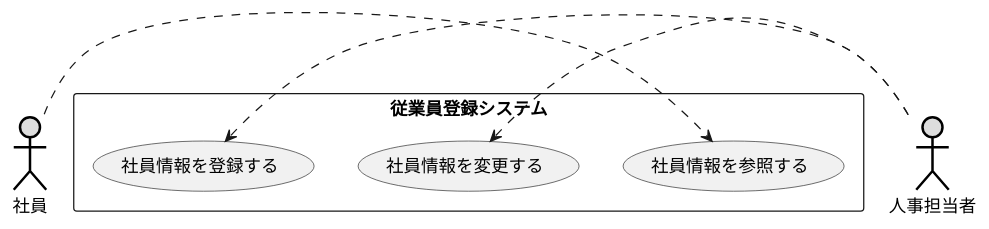
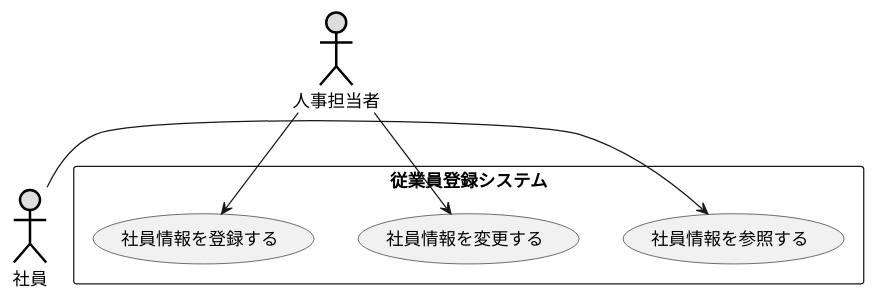
The diagram in 演習2-6_盛岡システム_従業員登録システム.pu (kaburiba/uml-introduction), drawn with PlantUML before and after one commit.

```diff
--- a/演習2-6_盛岡システム_従業員登録システム.pu
+++ b/演習2-6_盛岡システム_従業員登録システム.pu
@@ -1,16 +1,16 @@
 @startuml ユースケース図
 actor 人事担当者 #DDDDDD;line:black;line.bold;
 actor 社員 #DDDDDD;line:black;line.bold;
 
 rectangle 従業員登録システム{
     usecase 社員情報を変更する
     usecase 社員情報を登録する
     usecase 社員情報を参照する
     
 
 }
-社員.>社員情報を参照する
-    人事担当者.>社員情報を変更する
-    人事担当者.>社員情報を登録する
+社員->社員情報を参照する
+    人事担当者-->社員情報を変更する
+    人事担当者-->社員情報を登録する
 
 @enduml
```
